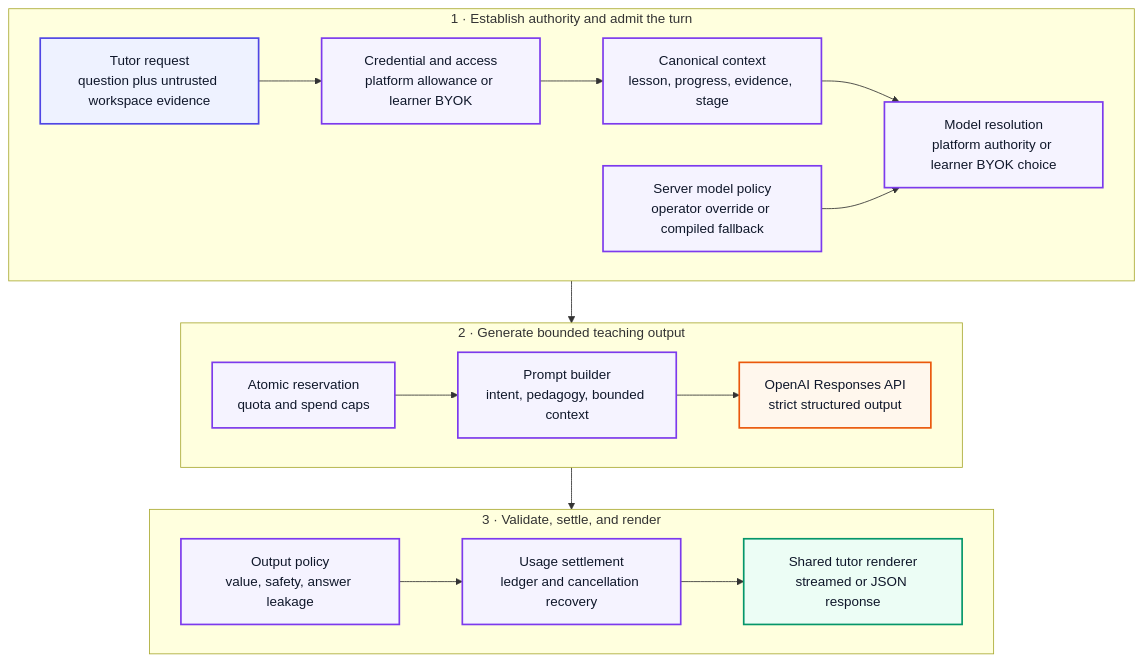
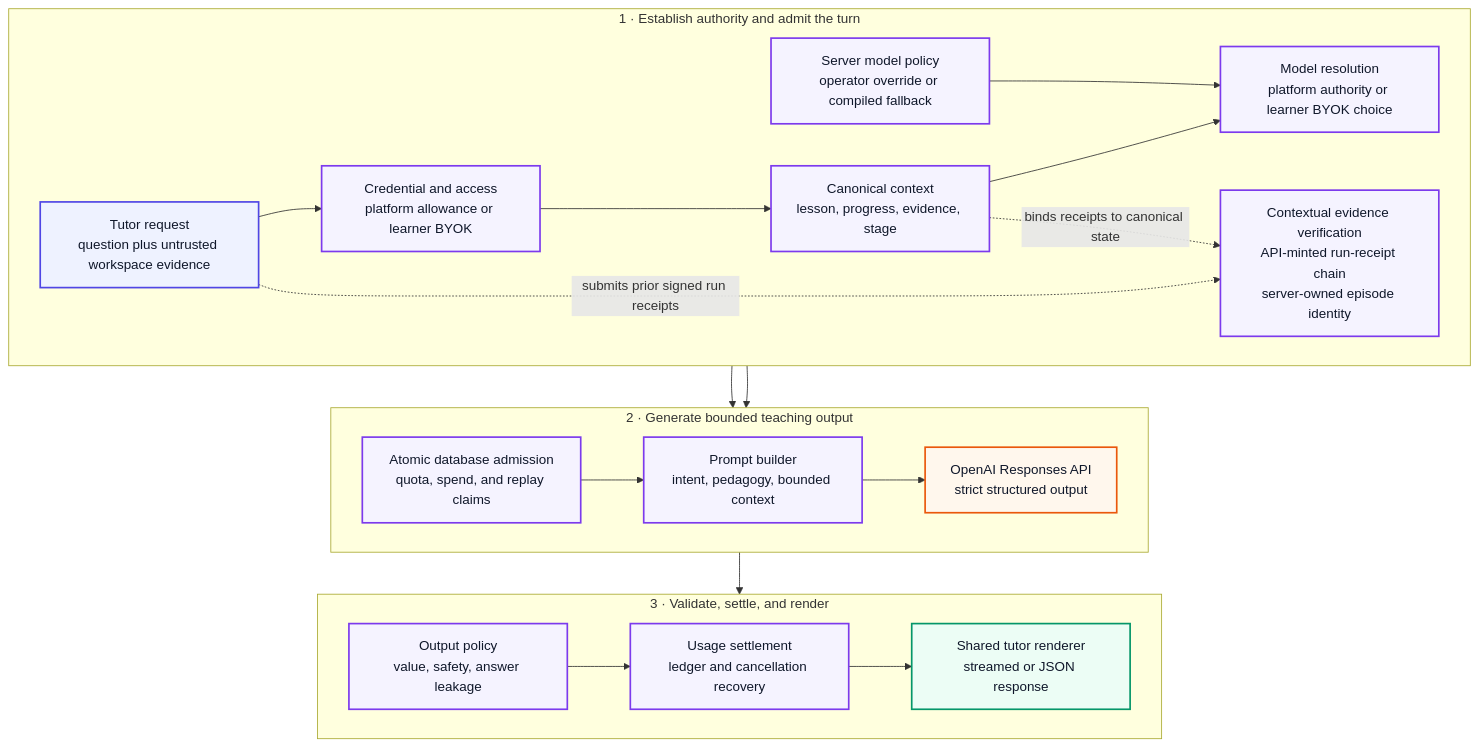
Before and after one commit to msrivas-7/CodeTutor-AI: the sixth of 7 diagrams in docs/ARCHITECTURE.md, drawn with Mermaid. The commit also changed other lines of this file, not shown here.

Commit message:
docs: refresh architecture diagram views (#44)

````diff
--- a/docs/ARCHITECTURE.md
+++ b/docs/ARCHITECTURE.md
@@ -311,44 +345,48 @@
 ```mermaid
 %%{init: {"flowchart":{"curve":"basis","htmlLabels":true}}}%%
 flowchart TB
   accTitle: Contextual tutor request pipeline
   accDescr: Shows authority and admission, bounded model generation, output policy, usage settlement, and shared response rendering.
   subgraph admission["1 · Establish authority and admit the turn"]
     direction LR
     request["Tutor request<br/>question plus untrusted workspace evidence"]
     authz["Credential and access<br/>platform allowance or learner BYOK"]
     context["Canonical context<br/>lesson, progress, evidence, stage"]
+    evidence["Contextual evidence verification<br/>API-minted run-receipt chain<br/>server-owned episode identity"]
     modelPolicy["Server model policy<br/>operator override or compiled fallback"]
     route["Model resolution<br/>platform authority or learner BYOK choice"]
     request --> authz --> context --> route
+    request -. "submits prior signed run receipts" .-> evidence
+    context -. "binds receipts to canonical state" .-> evidence
     modelPolicy --> route
   end
 
   subgraph generation["2 · Generate bounded teaching output"]
     direction LR
-    reserve["Atomic reservation<br/>quota and spend caps"]
+    reserve["Atomic database admission<br/>quota, spend, and replay claims"]
     prompt["Prompt builder<br/>intent, pedagogy, bounded context"]
     model["OpenAI Responses API<br/>strict structured output"]
     reserve --> prompt --> model
   end
 
   subgraph delivery["3 · Validate, settle, and render"]
     direction LR
     policy["Output policy<br/>value, safety, answer leakage"]
     settle["Usage settlement<br/>ledger and cancellation recovery"]
     render["Shared tutor renderer<br/>streamed or JSON response"]
     policy --> settle --> render
   end
 
   route --> reserve
+  evidence --> reserve
   model --> policy
 
   classDef input fill:#eef2ff,stroke:#4f46e5,color:#0f172a,stroke-width:2px;
   classDef authority fill:#f5f3ff,stroke:#7c3aed,color:#0f172a,stroke-width:2px;
   classDef provider fill:#fff7ed,stroke:#ea580c,color:#0f172a,stroke-width:2px;
   classDef result fill:#ecfdf5,stroke:#059669,color:#0f172a,stroke-width:2px;
   class request input;
-  class authz,context,modelPolicy,route,reserve,prompt,policy,settle authority;
+  class authz,context,evidence,modelPolicy,route,reserve,prompt,policy,settle authority;
   class model provider;
   class render result;
 ```
````
